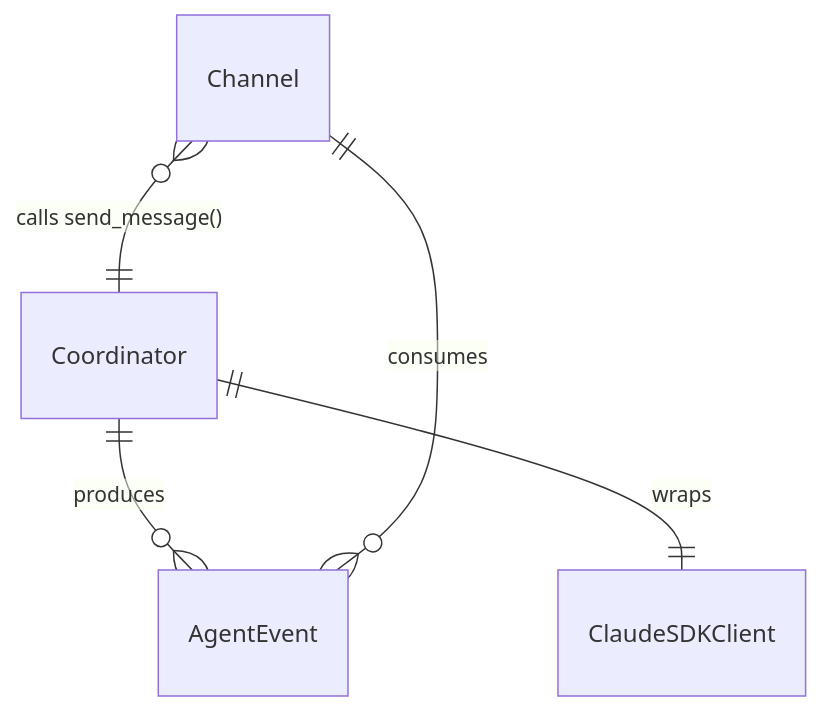
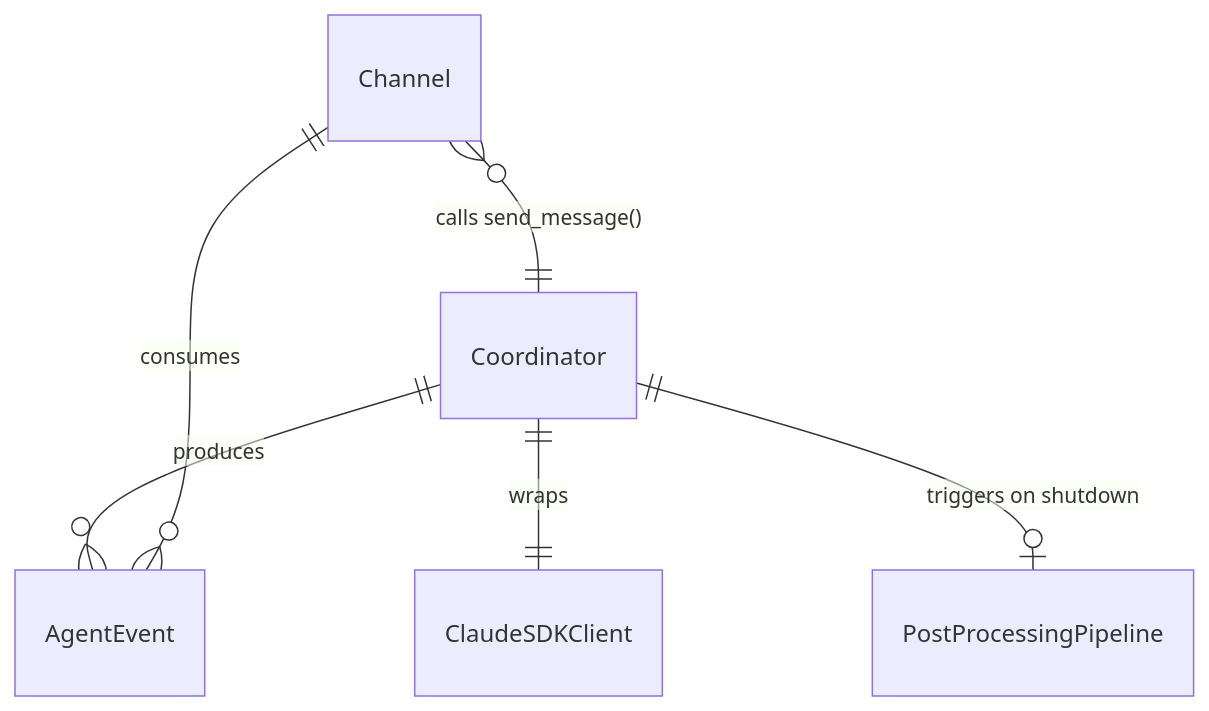
Before and after one commit to asermax/tachikoma: the second of 2 diagrams in docs/feature-designs/agent/core-architecture.md, drawn with Mermaid. The commit also changed other lines of this file and 14 other files, not shown here.

````diff
--- a/docs/feature-designs/agent/core-architecture.md
+++ b/docs/feature-designs/agent/core-architecture.md
@@ -114,7 +116,8 @@
 ```mermaid
 erDiagram
     Coordinator ||--|| ClaudeSDKClient : wraps
     Coordinator ||--o{ AgentEvent : produces
+    Coordinator ||--o| PostProcessingPipeline : "triggers on shutdown"
     Channel ||--o{ AgentEvent : consumes
     Channel }o--|| Coordinator : "calls send_message()"
 ```
````
